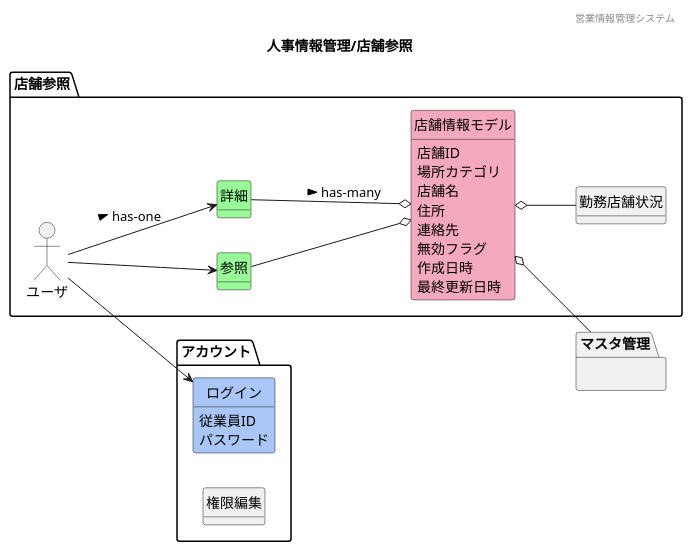
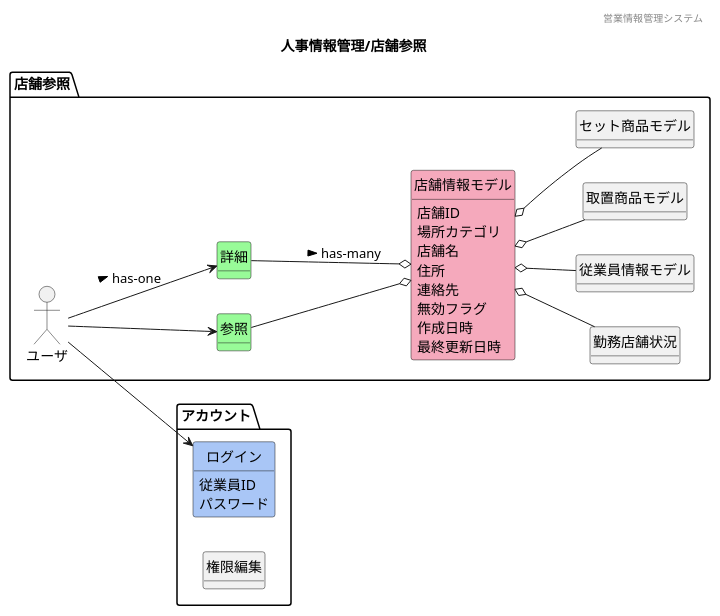
Before and after one commit to HaruShim/Sotuken: the diagram in 各種設計書/1ドメインモデル図/人事情報管理/F13店舗参照.plantuml, drawn with PlantUML. The commit also changed 7 other files, not shown here.

```diff
--- a/各種設計書/1ドメインモデル図/人事情報管理/F13店舗参照.plantuml
+++ b/各種設計書/1ドメインモデル図/人事情報管理/F13店舗参照.plantuml
@@ -1,58 +1,58 @@
 @startuml images/人事情報管理/店舗参照
 ' ヘッダー
 header 営業情報管理システム
 ' タイトル
 title 人事情報管理/店舗参照
 ' 
 hide circle
 ' 
 hide method
 left to right direction
 
 package "アカウント"{
     class "ログイン" #A9C6F6
     class "権限編集"
 }
 
 package "店舗参照" {
     'ユーザや外部システム
     mix_actor "ユーザ"
     class "参照" #98fb98
     class "詳細" #98fb98
     class "店舗情報モデル" #F5A9BC
     class "勤務店舗状況"
+    class "従業員情報モデル"
+    class "取置商品モデル"
+    class "セット商品モデル"
 }
-    package "マスタ管理"{
-    }
-    ' class "" #F5A9BC
-    ' class "" #ffd700
+    ' package "マスタ管理"{
+    ' }
 
     'モデル同士の関係
     ユーザ --> 参照
     ユーザ --> 詳細 : > has-one
     ユーザ --> ログイン
     参照 --o 店舗情報モデル
     詳細 --o 店舗情報モデル : > has-many
     店舗情報モデル o-- 勤務店舗状況
-    店舗情報モデル o-- マスタ管理
+    店舗情報モデル o-- 従業員情報モデル
+    店舗情報モデル o-- 取置商品モデル
+    店舗情報モデル o-- セット商品モデル
+    ' 店舗情報モデル o-- マスタ管理
 
     'ドメインクラスの属性
     店舗情報モデル : 店舗ID
     店舗情報モデル : 場所カテゴリ
     店舗情報モデル : 店舗名
     店舗情報モデル : 住所
     店舗情報モデル : 連絡先
     店舗情報モデル : 無効フラグ
     店舗情報モデル : 作成日時
     店舗情報モデル : 最終更新日時
-
-    ' 勤務店舗状況 : 店舗名
-    ' 勤務店舗状況 : 従業員数
-    ' 勤務店舗状況 : 責任者
     ログイン : 従業員ID
     ログイン : パスワード
 
 
 
 
 @enduml
```
